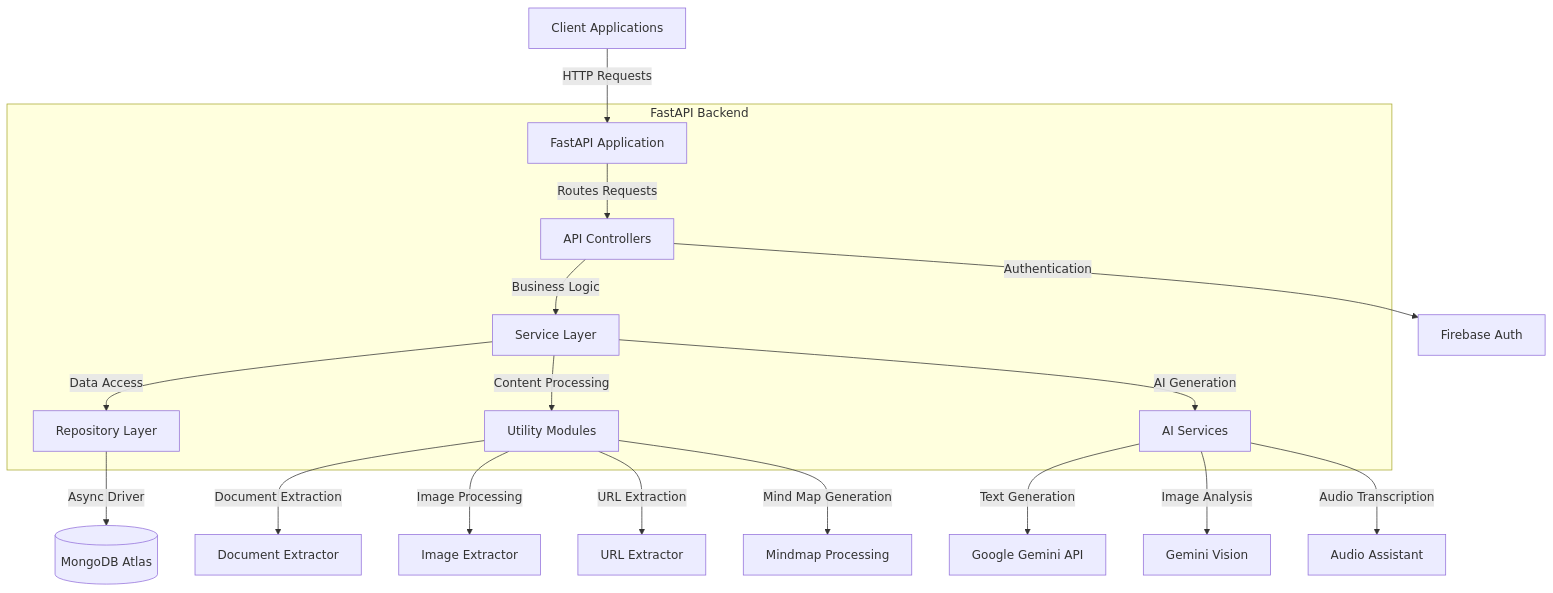
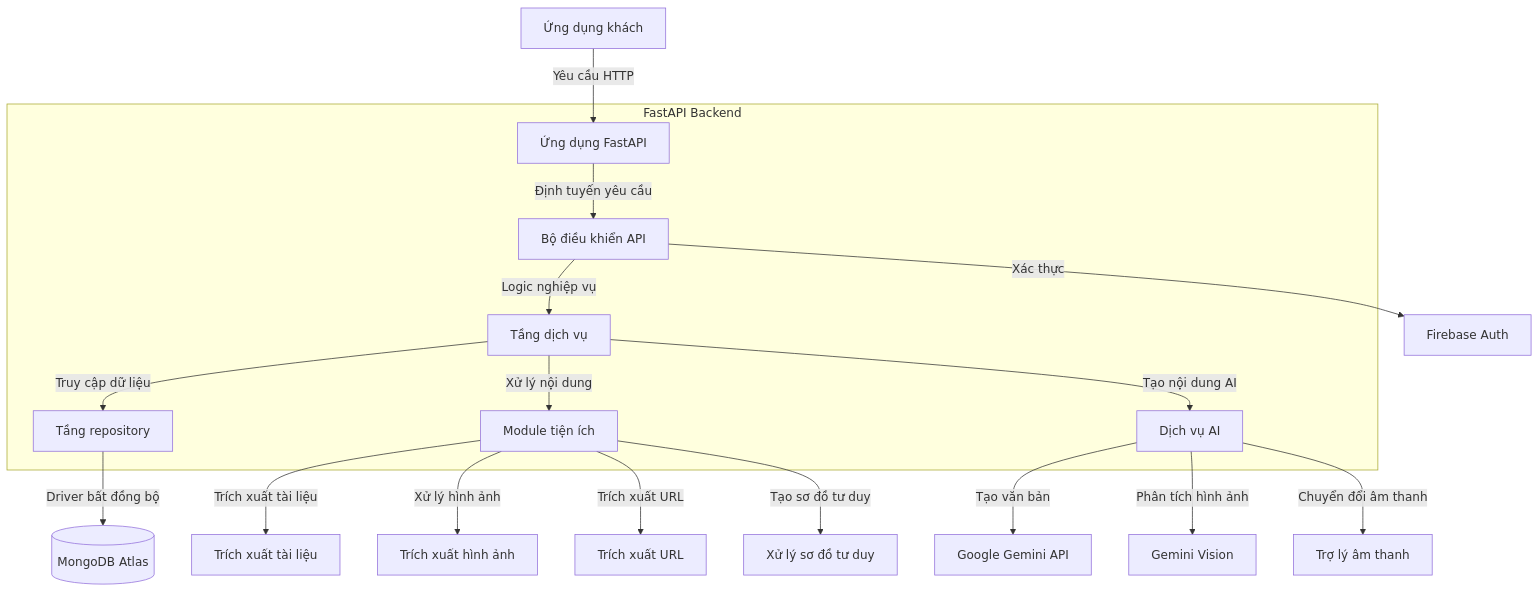
The first of 4 diagrams in README.md (Project-D21CNPM04/android-p-study), drawn with Mermaid before and after one commit. The commit also changed other lines of this file, not shown here.

````diff
--- a/README.md
+++ b/README.md
@@ -143,25 +143,25 @@
 ```mermaid
 graph TD
-    Client[Client Applications] -->|HTTP Requests| FastAPI[FastAPI Application]
+    Client[Ứng dụng khách] -->|Yêu cầu HTTP| FastAPI[Ứng dụng FastAPI]
     
     subgraph "FastAPI Backend"
-        FastAPI -->|Routes Requests| Controllers[API Controllers]
-        Controllers -->|Business Logic| Service[Service Layer]
-        Service -->|Data Access| Repository[Repository Layer]
-        Service -->|Content Processing| Utils[Utility Modules]
-        Service -->|AI Generation| AIServices[AI Services]
+        FastAPI -->|Định tuyến yêu cầu| Controllers[Bộ điều khiển API]
+        Controllers -->|Logic nghiệp vụ| Service[Tầng dịch vụ]
+        Service -->|Truy cập dữ liệu| Repository[Tầng repository]
+        Service -->|Xử lý nội dung| Utils[Module tiện ích]
+        Service -->|Tạo nội dung AI| AIServices[Dịch vụ AI]
     end
     
-    Repository -->|Async Driver| MongoDB[(MongoDB Atlas)]
+    Repository -->|Driver bất đồng bộ| MongoDB[(MongoDB Atlas)]
     
-    Utils -->|Document Extraction| DocUtils[Document Extractor]
-    Utils -->|Image Processing| ImgUtils[Image Extractor]
-    Utils -->|URL Extraction| URLUtils[URL Extractor]
-    Utils -->|Mind Map Generation| MindMapUtils[Mindmap Processing]
+    Utils -->|Trích xuất tài liệu| DocUtils[Trích xuất tài liệu]
+    Utils -->|Xử lý hình ảnh| ImgUtils[Trích xuất hình ảnh]
+    Utils -->|Trích xuất URL| URLUtils[Trích xuất URL]
+    Utils -->|Tạo sơ đồ tư duy| MindMapUtils[Xử lý sơ đồ tư duy]
     
-    AIServices -->|Text Generation| Gemini[Google Gemini API]
-    AIServices -->|Image Analysis| GeminiVision[Gemini Vision]
-    AIServices -->|Audio Transcription| AudioTranscription[Audio Assistant]
+    AIServices -->|Tạo văn bản| Gemini[Google Gemini API]
+    AIServices -->|Phân tích hình ảnh| GeminiVision[Gemini Vision]
+    AIServices -->|Chuyển đổi âm thanh| AudioTranscription[Trợ lý âm thanh]
     
-    Controllers -->|Authentication| Firebase[Firebase Auth]
+    Controllers -->|Xác thực| Firebase[Firebase Auth]
 ```
````
